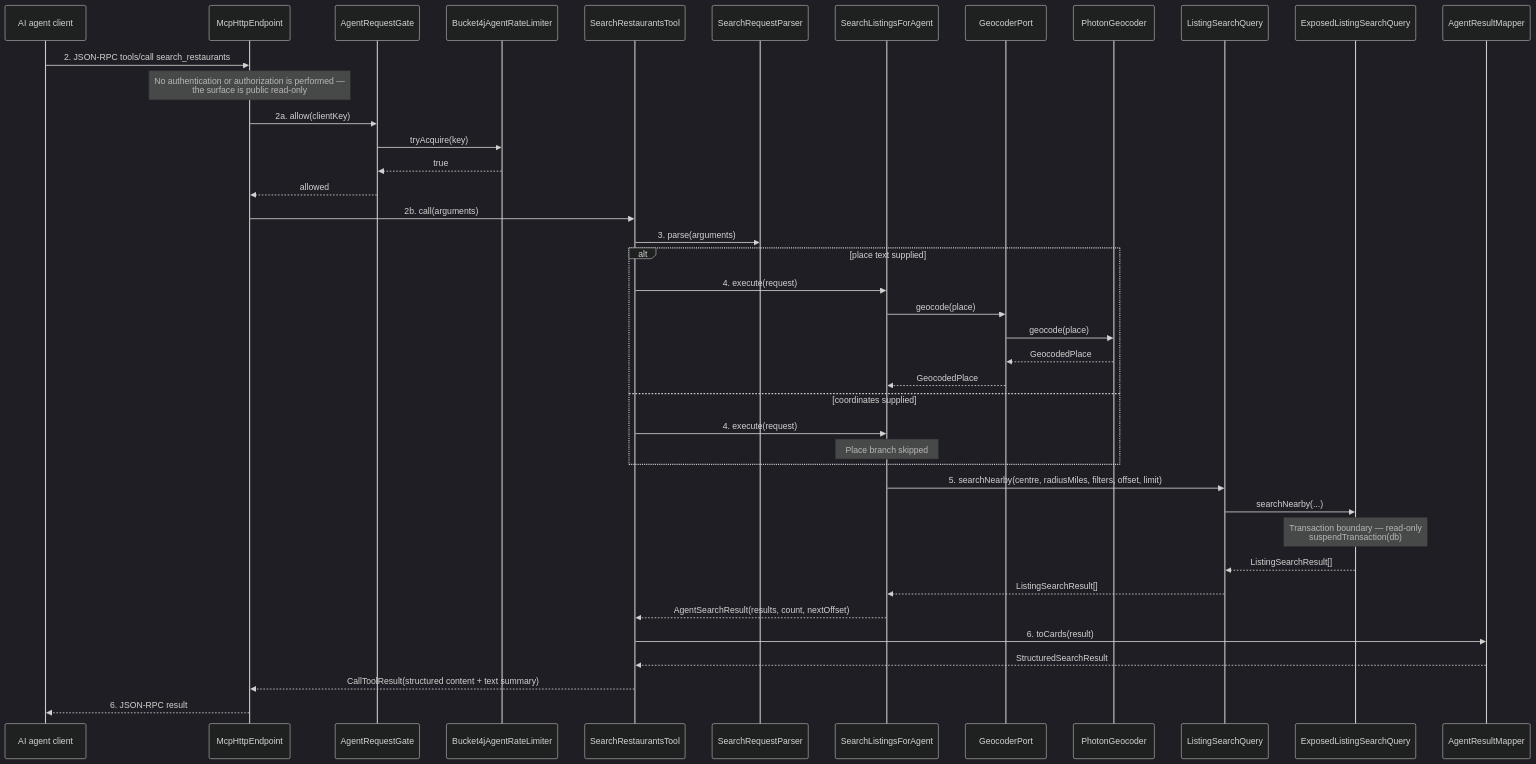
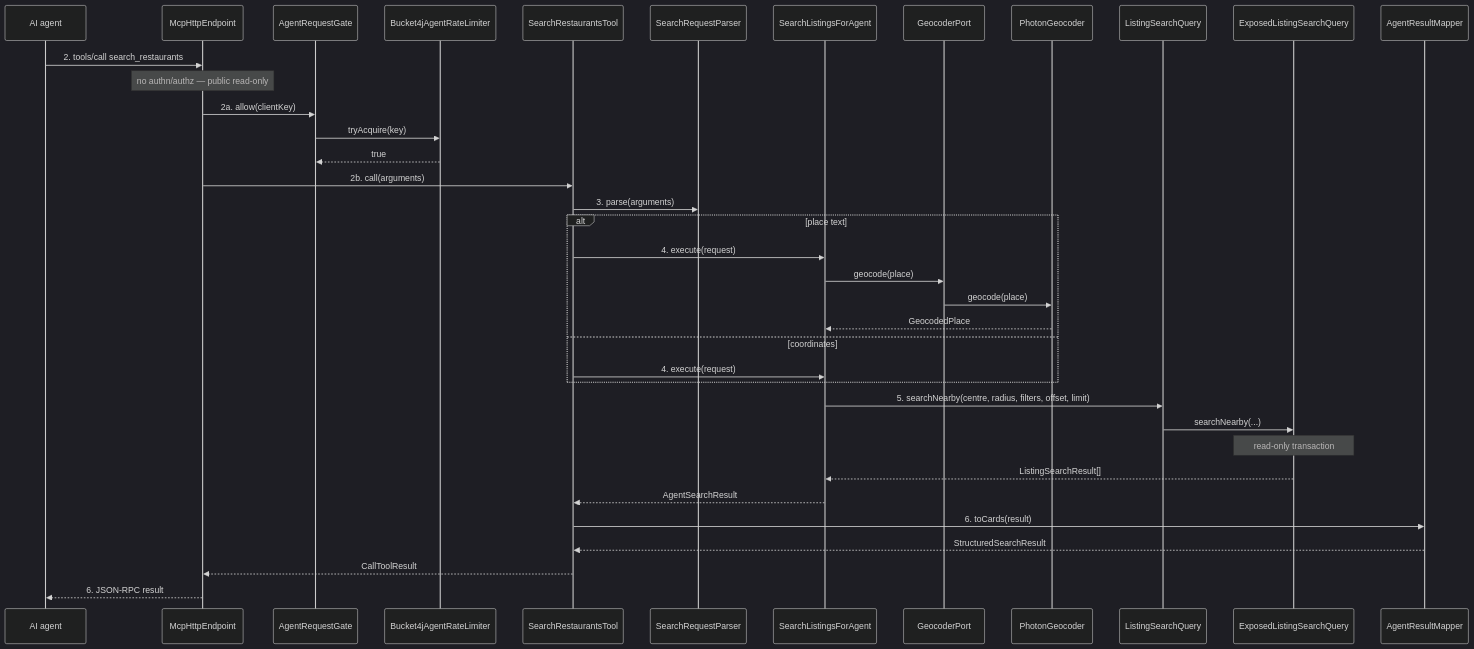
The diagram in docs/features/SC-209/06-whitebox/UC-01-search-restaurants.md (Losers-Lab/tahirs-list), drawn with Mermaid (dark theme) before and after one commit. The commit also changed other lines of this file and 10 other files, not shown here.

Commit message:
[SC-209] Retrofit design to diagram-first standard

````diff
--- a/docs/features/SC-209/06-whitebox/UC-01-search-restaurants.md
+++ b/docs/features/SC-209/06-whitebox/UC-01-search-restaurants.md
@@ -8,49 +6,39 @@
 ```mermaid
 sequenceDiagram
-    participant AG as AI agent client
+    participant AG as AI agent
     participant EP as McpHttpEndpoint
     participant GATE as AgentRequestGate
     participant RL as Bucket4jAgentRateLimiter
     participant TOOL as SearchRestaurantsTool
     participant PARSER as SearchRequestParser
     participant CTRL as SearchListingsForAgent
     participant GEO as GeocoderPort
     participant PHOTON as PhotonGeocoder
     participant Q as ListingSearchQuery
     participant SQL as ExposedListingSearchQuery
     participant MAP as AgentResultMapper
-
-    AG->>EP: 2. JSON-RPC tools/call search_restaurants
-    Note over EP: No authentication or authorization is performed —<br/>the surface is public read-only
-
+    AG->>EP: 2. tools/call search_restaurants
+    Note over EP: no authn/authz — public read-only
     EP->>GATE: 2a. allow(clientKey)
     GATE->>RL: tryAcquire(key)
     RL-->>GATE: true
-    GATE-->>EP: allowed
-
     EP->>TOOL: 2b. call(arguments)
     TOOL->>PARSER: 3. parse(arguments)
-
-    alt place text supplied
+    alt place text
         TOOL->>CTRL: 4. execute(request)
         CTRL->>GEO: geocode(place)
         GEO->>PHOTON: geocode(place)
-        PHOTON-->>GEO: GeocodedPlace
-        GEO-->>CTRL: GeocodedPlace
-    else coordinates supplied
+        PHOTON-->>CTRL: GeocodedPlace
+    else coordinates
         TOOL->>CTRL: 4. execute(request)
-        Note over CTRL: Place branch skipped
     end
-
-    CTRL->>Q: 5. searchNearby(centre, radiusMiles, filters, offset, limit)
+    CTRL->>Q: 5. searchNearby(centre, radius, filters, offset, limit)
     Q->>SQL: searchNearby(...)
-    Note over SQL: Transaction boundary — read-only<br/>suspendTransaction(db)
-    SQL-->>Q: ListingSearchResult[]
-    Q-->>CTRL: ListingSearchResult[]
-
-    CTRL-->>TOOL: AgentSearchResult(results, count, nextOffset)
+    Note over SQL: read-only transaction
+    SQL-->>CTRL: ListingSearchResult[]
+    CTRL-->>TOOL: AgentSearchResult
     TOOL->>MAP: 6. toCards(result)
     MAP-->>TOOL: StructuredSearchResult
-    TOOL-->>EP: CallToolResult(structured content + text summary)
+    TOOL-->>EP: CallToolResult
     EP-->>AG: 6. JSON-RPC result
 ```
````
